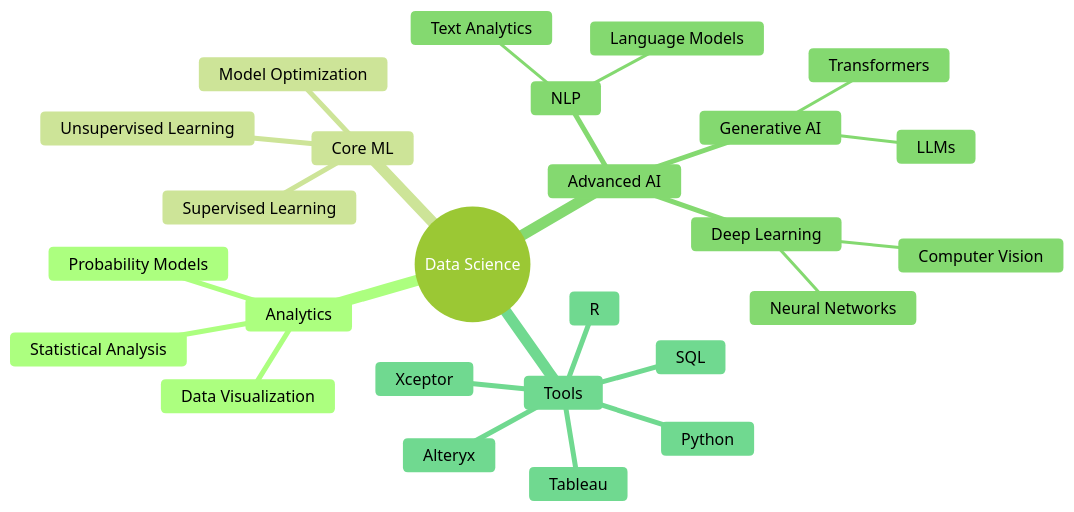
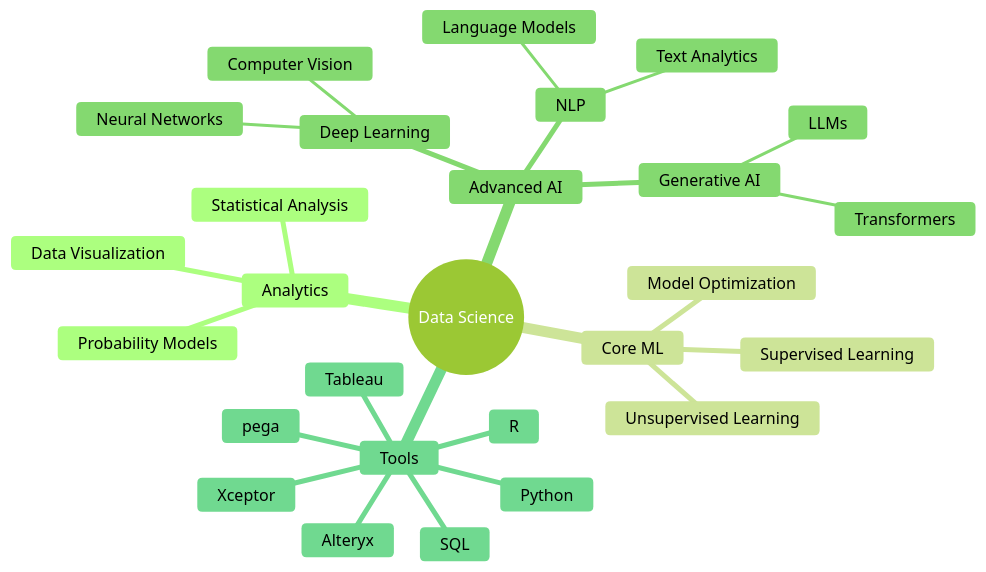
Before and after one commit to nikhilniksss/nikhilniksss: the second of 2 diagrams in README.md, drawn with Mermaid (forest theme). The commit also changed other lines of this file, not shown here.

````diff
--- a/README.md
+++ b/README.md
@@ -84,30 +83,31 @@
 ```mermaid
 
 mindmap
   root((Data Science))
     Analytics
       Statistical Analysis
       Probability Models
       Data Visualization
     Core ML
       Supervised Learning
       Unsupervised Learning
       Model Optimization
     Advanced AI
       Deep Learning
         Neural Networks
         Computer Vision
       NLP
         Text Analytics
         Language Models
       Generative AI
         LLMs
         Transformers
     Tools
       Python
       R
       SQL
       Tableau
       Xceptor
       Alteryx
+      pega
 ```
````
